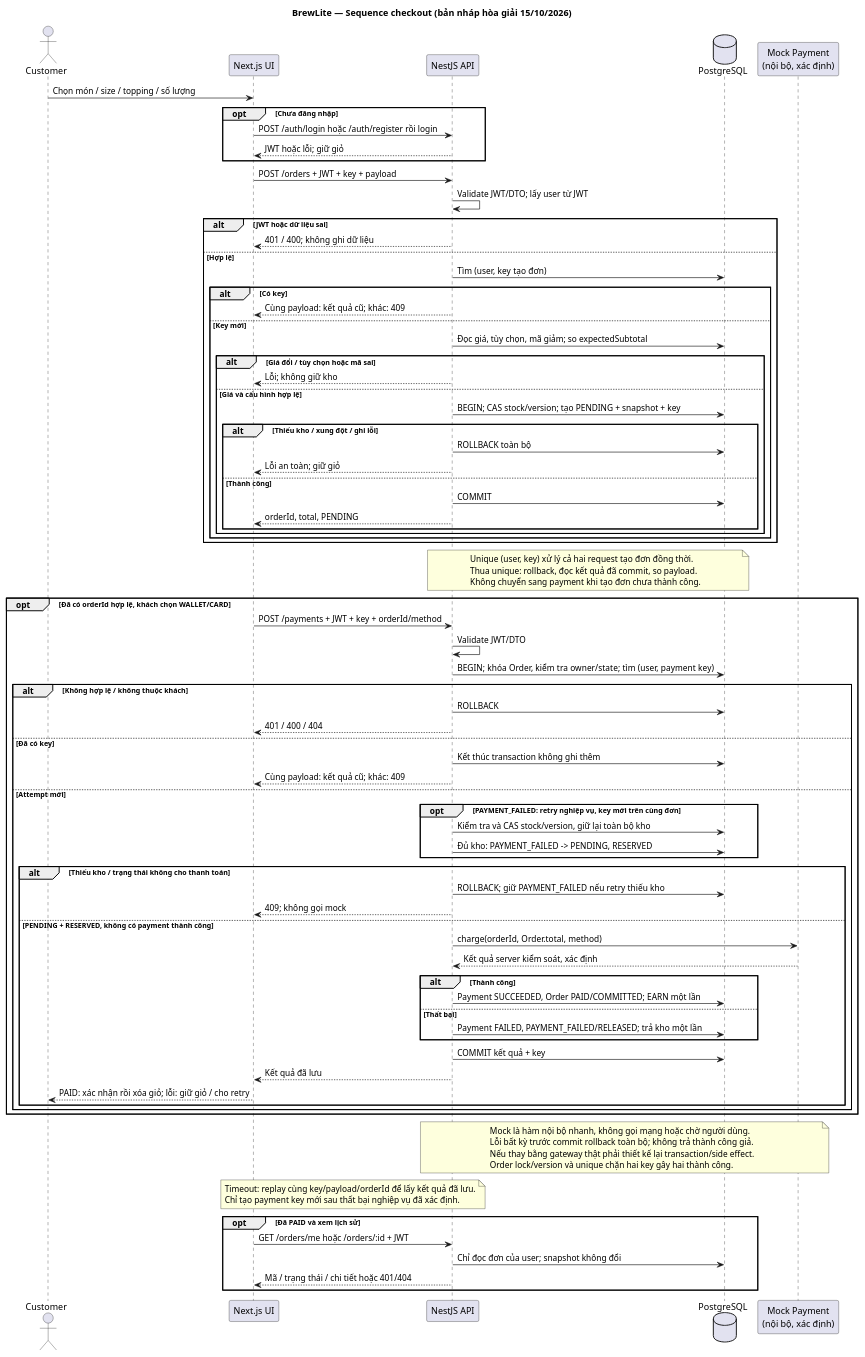
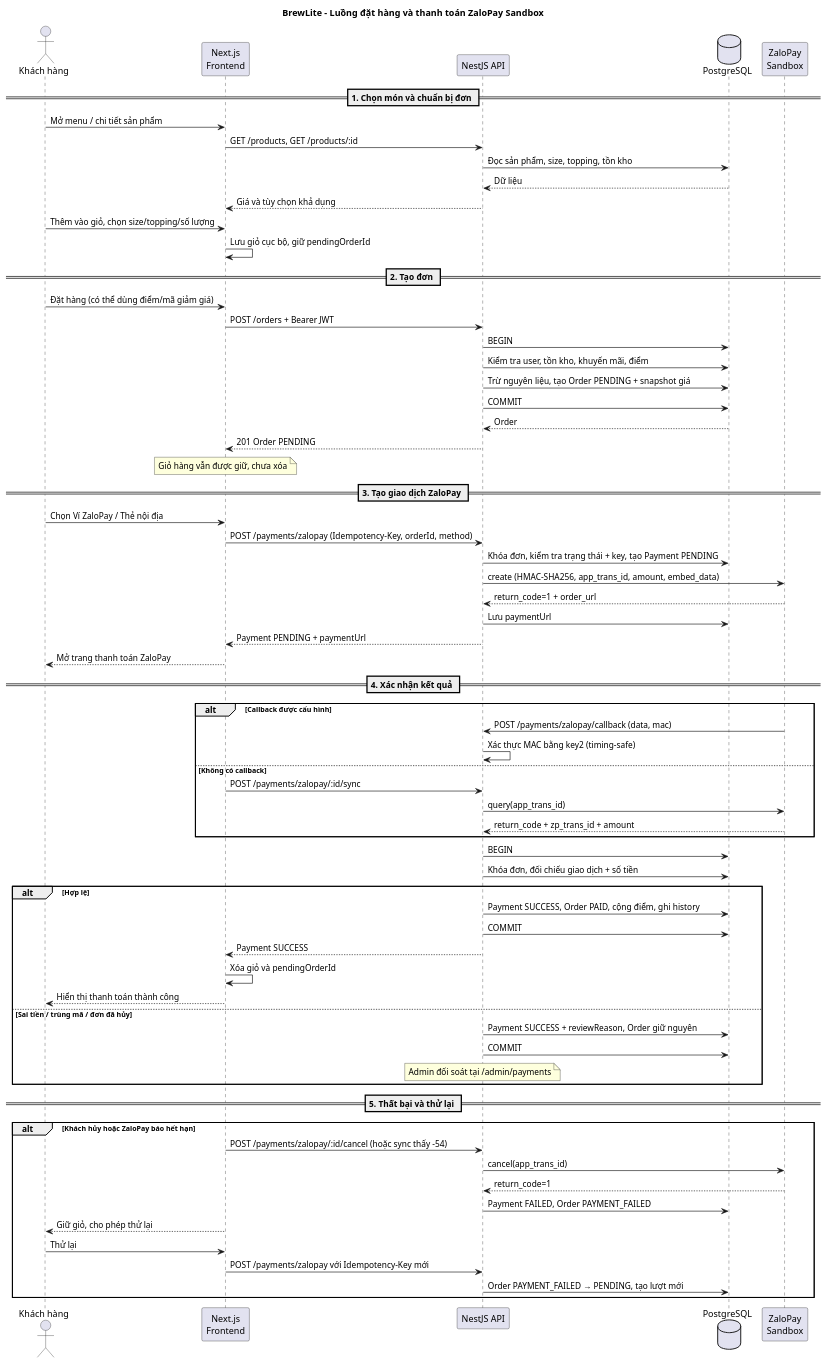
The diagram in docs/diagrams/sequence-checkout.puml (Call-MeK/BrewLite), drawn with PlantUML before and after one commit. The commit also changed 250 other files, not shown here.

```diff
--- a/docs/diagrams/sequence-checkout.puml
+++ b/docs/diagrams/sequence-checkout.puml
@@ -1,93 +1,81 @@
-@startuml
-title BrewLite — Sequence checkout (bản nháp hòa giải 15/10/2026)
-actor Customer as C
-participant "Next.js UI" as UI
+@startuml BrewLite-Checkout
+title BrewLite – Luồng đặt hàng và thanh toán ZaloPay Sandbox
+
+actor "Khách hàng" as Customer
+participant "Next.js\nFrontend" as FE
 participant "NestJS API" as API
-database PostgreSQL as DB
-participant "Mock Payment\n(nội bộ, xác định)" as Mock
+database "PostgreSQL" as DB
+participant "ZaloPay\nSandbox" as ZLP
 
-C -> UI : Chọn món / size / topping / số lượng
-opt Chưa đăng nhập
-  UI -> API : POST /auth/login hoặc /auth/register rồi login
-  API --> UI : JWT hoặc lỗi; giữ giỏ
-end
-UI -> API : POST /orders + JWT + key + payload
-API -> API : Validate JWT/DTO; lấy user từ JWT
-alt JWT hoặc dữ liệu sai
-  API --> UI : 401 / 400; không ghi dữ liệu
-else Hợp lệ
-  API -> DB : Tìm (user, key tạo đơn)
-  alt Có key
-    API --> UI : Cùng payload: kết quả cũ; khác: 409
-  else Key mới
-    API -> DB : Đọc giá, tùy chọn, mã giảm; so expectedSubtotal
-    alt Giá đổi / tùy chọn hoặc mã sai
-      API --> UI : Lỗi; không giữ kho
-    else Giá và cấu hình hợp lệ
-      API -> DB : BEGIN; CAS stock/version; tạo PENDING + snapshot + key
-      alt Thiếu kho / xung đột / ghi lỗi
-        API -> DB : ROLLBACK toàn bộ
-        API --> UI : Lỗi an toàn; giữ giỏ
-      else Thành công
-        API -> DB : COMMIT
-        API --> UI : orderId, total, PENDING
-      end
-    end
-  end
+== 1. Chọn món và chuẩn bị đơn ==
+
+Customer -> FE: Mở menu / chi tiết sản phẩm
+FE -> API: GET /products, GET /products/:id
+API -> DB: Đọc sản phẩm, size, topping, tồn kho
+DB --> API: Dữ liệu
+API --> FE: Giá và tùy chọn khả dụng
+Customer -> FE: Thêm vào giỏ, chọn size/topping/số lượng
+FE -> FE: Lưu giỏ cục bộ, giữ pendingOrderId
+
+== 2. Tạo đơn ==
+
+Customer -> FE: Đặt hàng (có thể dùng điểm/mã giảm giá)
+FE -> API: POST /orders + Bearer JWT
+API -> DB: BEGIN
+API -> DB: Kiểm tra user, tồn kho, khuyến mãi, điểm
+API -> DB: Trừ nguyên liệu, tạo Order PENDING + snapshot giá
+API -> DB: COMMIT
+DB --> API: Order
+API --> FE: 201 Order PENDING
+Note over FE: Giỏ hàng vẫn được giữ, chưa xóa
+
+== 3. Tạo giao dịch ZaloPay ==
+
+Customer -> FE: Chọn Ví ZaloPay / Thẻ nội địa
+FE -> API: POST /payments/zalopay (Idempotency-Key, orderId, method)
+API -> DB: Khóa đơn, kiểm tra trạng thái + key, tạo Payment PENDING
+API -> ZLP: create (HMAC-SHA256, app_trans_id, amount, embed_data)
+ZLP --> API: return_code=1 + order_url
+API -> DB: Lưu paymentUrl
+API --> FE: Payment PENDING + paymentUrl
+FE --> Customer: Mở trang thanh toán ZaloPay
+
+== 4. Xác nhận kết quả ==
+
+alt Callback được cấu hình
+  ZLP -> API: POST /payments/zalopay/callback (data, mac)
+  API -> API: Xác thực MAC bằng key2 (timing-safe)
+else Không có callback
+  FE -> API: POST /payments/zalopay/:id/sync
+  API -> ZLP: query(app_trans_id)
+  ZLP --> API: return_code + zp_trans_id + amount
 end
 
-note over API, DB
-  Unique (user, key) xử lý cả hai request tạo đơn đồng thời.
-  Thua unique: rollback, đọc kết quả đã commit, so payload.
-  Không chuyển sang payment khi tạo đơn chưa thành công.
-end note
-
-opt Đã có orderId hợp lệ, khách chọn WALLET/CARD
-  UI -> API : POST /payments + JWT + key + orderId/method
-  API -> API : Validate JWT/DTO
-  API -> DB : BEGIN; khóa Order, kiểm tra owner/state; tìm (user, payment key)
-  alt Không hợp lệ / không thuộc khách
-    API -> DB : ROLLBACK
-    API --> UI : 401 / 400 / 404
-  else Đã có key
-    API -> DB : Kết thúc transaction không ghi thêm
-    API --> UI : Cùng payload: kết quả cũ; khác: 409
-  else Attempt mới
-    opt PAYMENT_FAILED: retry nghiệp vụ, key mới trên cùng đơn
-      API -> DB : Kiểm tra và CAS stock/version, giữ lại toàn bộ kho
-      API -> DB : Đủ kho: PAYMENT_FAILED -> PENDING, RESERVED
-    end
-    alt Thiếu kho / trạng thái không cho thanh toán
-      API -> DB : ROLLBACK; giữ PAYMENT_FAILED nếu retry thiếu kho
-      API --> UI : 409; không gọi mock
-    else PENDING + RESERVED, không có payment thành công
-      API -> Mock : charge(orderId, Order.total, method)
-      Mock --> API : Kết quả server kiểm soát, xác định
-      alt Thành công
-        API -> DB : Payment SUCCEEDED, Order PAID/COMMITTED; EARN một lần
-      else Thất bại
-        API -> DB : Payment FAILED, PAYMENT_FAILED/RELEASED; trả kho một lần
-      end
-      API -> DB : COMMIT kết quả + key
-      API --> UI : Kết quả đã lưu
-      UI --> C : PAID: xác nhận rồi xóa giỏ; lỗi: giữ giỏ / cho retry
-    end
-  end
+API -> DB: BEGIN
+API -> DB: Khóa đơn, đối chiếu giao dịch + số tiền
+alt Hợp lệ
+  API -> DB: Payment SUCCESS, Order PAID, cộng điểm, ghi history
+  API -> DB: COMMIT
+  API --> FE: Payment SUCCESS
+  FE -> FE: Xóa giỏ và pendingOrderId
+  FE --> Customer: Hiển thị thanh toán thành công
+else Sai tiền / trùng mã / đơn đã hủy
+  API -> DB: Payment SUCCESS + reviewReason, Order giữ nguyên
+  API -> DB: COMMIT
+  Note over API: Admin đối soát tại /admin/payments
 end
 
-note over API, Mock
-  Mock là hàm nội bộ nhanh, không gọi mạng hoặc chờ người dùng.
-  Lỗi bất kỳ trước commit rollback toàn bộ; không trả thành công giả.
-  Nếu thay bằng gateway thật phải thiết kế lại transaction/side effect.
-  Order lock/version và unique chặn hai key gây hai thành công.
-end note
-note over UI, API
-  Timeout: replay cùng key/payload/orderId để lấy kết quả đã lưu.
-  Chỉ tạo payment key mới sau thất bại nghiệp vụ đã xác định.
-end note
-opt Đã PAID và xem lịch sử
-  UI -> API : GET /orders/me hoặc /orders/:id + JWT
-  API -> DB : Chỉ đọc đơn của user; snapshot không đổi
-  API --> UI : Mã / trạng thái / chi tiết hoặc 401/404
+== 5. Thất bại và thử lại ==
+
+alt Khách hủy hoặc ZaloPay báo hết hạn
+  FE -> API: POST /payments/zalopay/:id/cancel (hoặc sync thấy -54)
+  API -> ZLP: cancel(app_trans_id)
+  ZLP --> API: return_code=1
+  API -> DB: Payment FAILED, Order PAYMENT_FAILED
+  FE --> Customer: Giữ giỏ, cho phép thử lại
+  Customer -> FE: Thử lại
+  FE -> API: POST /payments/zalopay với Idempotency-Key mới
+  API -> DB: Order PAYMENT_FAILED → PENDING, tạo lượt mới
 end
+
 @enduml
```
